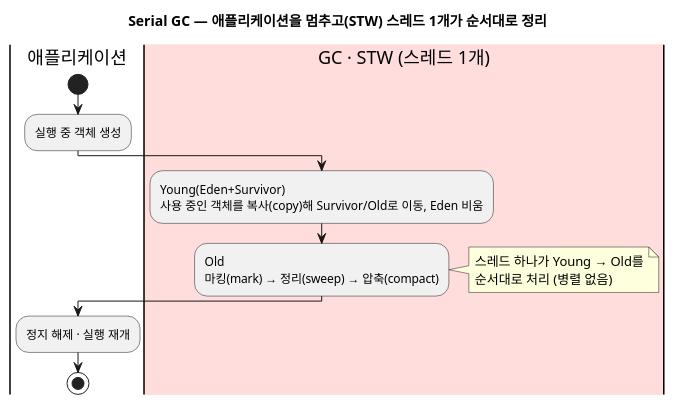
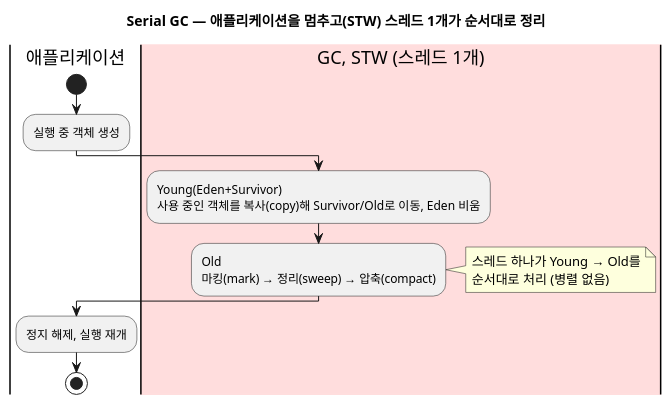
Before and after one commit to johnycho/johny-dev: the third of 10 diagrams in blog/2026-08-18-java-gc-types.mdx, drawn with PlantUML. The commit also changed other lines of this file and 188 other files, not shown here.

````diff
--- a/blog/2026-08-18-java-gc-types.mdx
+++ b/blog/2026-08-18-java-gc-types.mdx
@@ -129,18 +129,18 @@
 ```plantuml
 @startuml
 title Serial GC — 애플리케이션을 멈추고(STW) 스레드 1개가 순서대로 정리
 |애플리케이션|
 start
 :실행 중 객체 생성;
-|#FFDDDD|GC · STW (스레드 1개)|
+|#FFDDDD|GC, STW (스레드 1개)|
 :Young(Eden+Survivor)\n사용 중인 객체를 복사(copy)해 Survivor/Old로 이동, Eden 비움;
 :Old\n마킹(mark) → 정리(sweep) → 압축(compact);
 note right
   스레드 하나가 Young → Old를
   순서대로 처리 (병렬 없음)
 end note
 |애플리케이션|
-:정지 해제 · 실행 재개;
+:정지 해제, 실행 재개;
 stop
 @enduml
 ```
````
